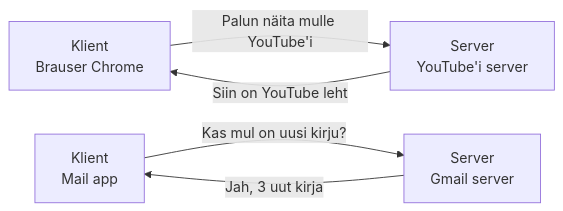
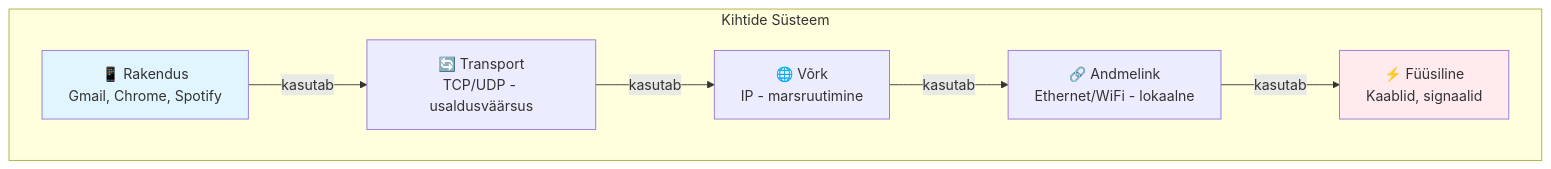
Before and after one commit to mtalvik/av_alused: the third of 20 diagrams in Lecture/loeng2.md, drawn with Mermaid. The commit also changed other lines of this file, not shown here.

````diff
--- a/Lecture/loeng2.md
+++ b/Lecture/loeng2.md
@@ -24,7 +65,18 @@
 ```mermaid
-graph LR
-    A[Klient<br/>Brauser Chrome] -->|Palun näita mulle YouTube'i| B[Server<br/>YouTube'i server]
-    B -->|Siin on YouTube leht| A
-    C[Klient<br/>Mail app] -->|Kas mul on uusi kirju?| D[Server<br/>Gmail server]
-    D -->|Jah, 3 uut kirja| C
+graph TB
+    subgraph "Kihtide Süsteem"
+        A[📱 Rakendus<br/>Gmail, Chrome, Spotify]
+        B[🔄 Transport<br/>TCP/UDP - usaldusväärsus]
+        C[🌐 Võrk<br/>IP - marsruutimine]
+        D[🔗 Andmelink<br/>Ethernet/WiFi - lokaalne]
+        E[⚡ Füüsiline<br/>Kaablid, signaalid]
+    end
+    
+    A -->|kasutab| B
+    B -->|kasutab| C
+    C -->|kasutab| D
+    D -->|kasutab| E
+    
+    style A fill:#e1f5fe
+    style E fill:#ffebee
 ```
````
